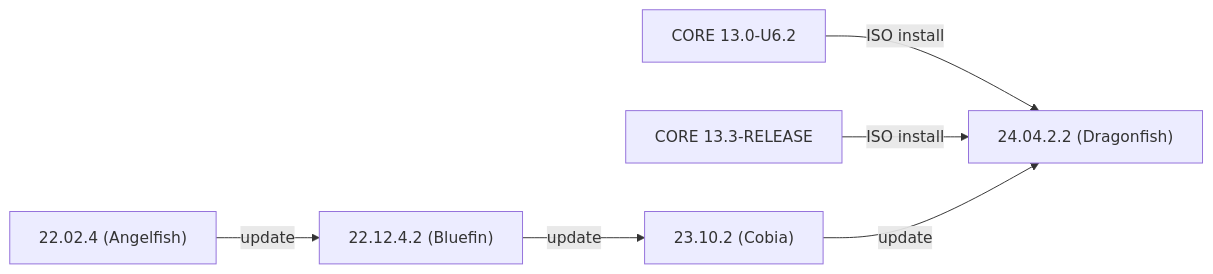
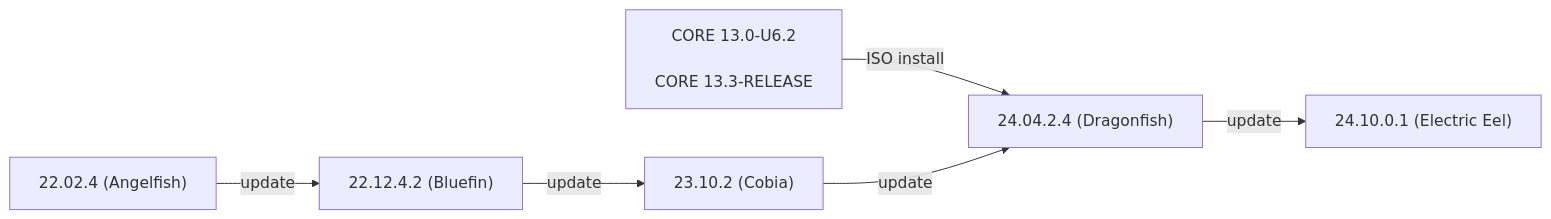
Before and after one commit to truenas/documentation: the first of 2 diagrams in static/includes/SCALEUpgradePaths.md, drawn with Mermaid. The commit also changed other lines of this file, not shown here.

```diff
--- a/static/includes/SCALEUpgradePaths.md
+++ b/static/includes/SCALEUpgradePaths.md
@@ -12,9 +14,9 @@
-      {{< mermaid class="mermaid_sizing" >}}
-      flowchart LR
-        A["22.02.4 (Angelfish)"] -->|update| C
-        B["CORE 13.0-U6.2"] -->|ISO install| E
-		F["CORE 13.3-RELEASE"] --> |ISO install| E
-        C["22.12.4.2 (Bluefin)"] -->|update| D
-        D["23.10.2 (Cobia)"] -->|update| E
-        E["24.04.2.2 (Dragonfish)"]
-      {{< /mermaid >}}
+          {{< mermaid class="mermaid_sizing" >}}
+          flowchart LR
+            A["22.02.4 (Angelfish)"] -->|update| C
+            B["CORE 13.0-U6.2<br><br>CORE 13.3-RELEASE"] -->|ISO install| E
+            C["22.12.4.2 (Bluefin)"] -->|update| D
+            D["23.10.2 (Cobia)"] -->|update| E
+            E["24.04.2.4 (Dragonfish)"] -->|update| H
+            H["24.10.0.1 (Electric Eel)"]
+          {{< /mermaid >}}
```
